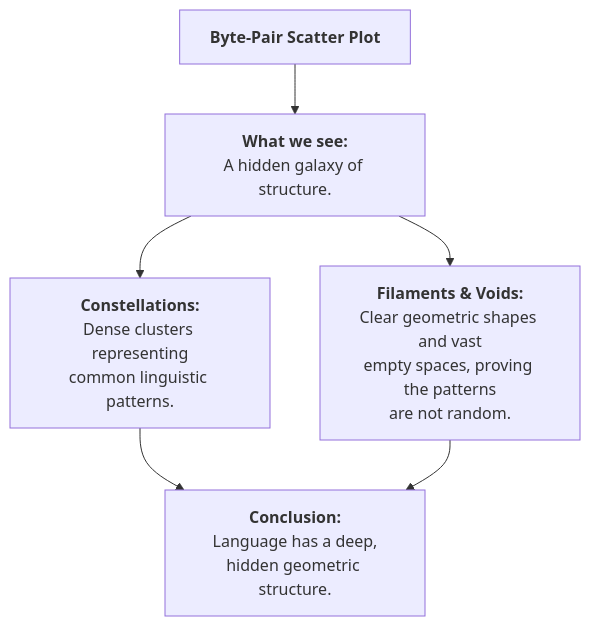
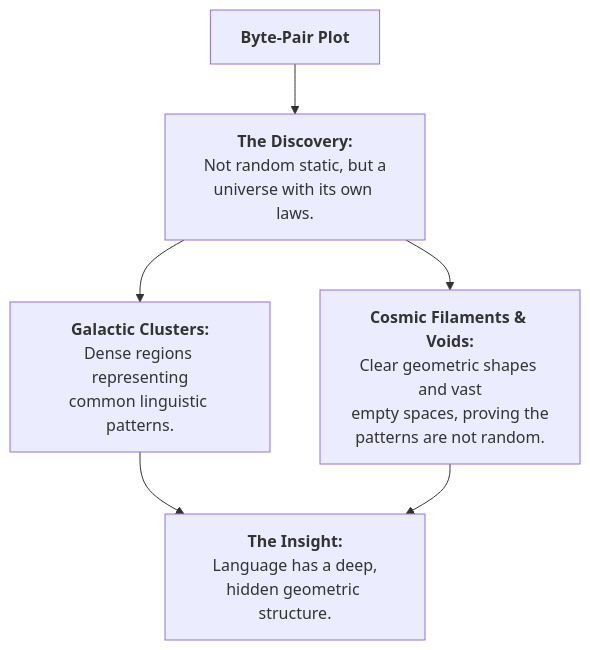
Before and after one commit to eltay89/eltay89.github.io: the second of 3 diagrams in _posts/2025-08-22-analyzing-bytes-for-llms.md, drawn with Mermaid. The commit also changed other lines of this file, not shown here.

````diff
--- a/_posts/2025-08-22-analyzing-bytes-for-llms.md
+++ b/_posts/2025-08-22-analyzing-bytes-for-llms.md
@@ -36,7 +51,7 @@
 ```mermaid
 graph TD
-    A["<b>Byte-Pair Scatter Plot</b>"] --> B["<b>What we see:</b><br>A hidden galaxy of structure."];
-    B --> C["<b>Constellations:</b><br>Dense clusters representing<br>common linguistic patterns."];
-    B --> D["<b>Filaments & Voids:</b><br>Clear geometric shapes and vast<br>empty spaces, proving the patterns<br>are not random."];
-    C & D --> E["<b>Conclusion:</b><br>Language has a deep,<br>hidden geometric structure."];
+    A["<b>Byte-Pair Plot</b>"] --> B["<b>The Discovery:</b><br>Not random static, but a<br>universe with its own laws."];
+    B --> C["<b>Galactic Clusters:</b><br>Dense regions representing<br>common linguistic patterns."];
+    B --> D["<b>Cosmic Filaments & Voids:</b><br>Clear geometric shapes and vast<br>empty spaces, proving the<br>patterns are not random."];
+    C & D --> E["<b>The Insight:</b><br>Language has a deep,<br>hidden geometric structure."];
 ```
````
